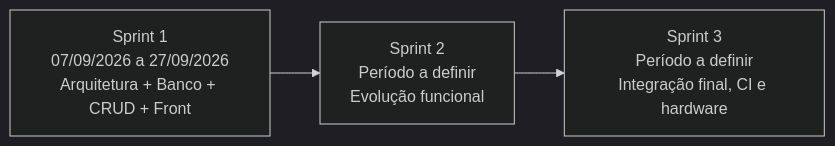
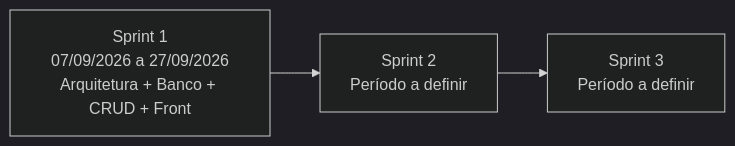
Before and after one commit to Vulture-API/API-DSM-4SEMESTRE-2026: the diagram in README.md, drawn with Mermaid (dark theme). The commit also changed other lines of this file, not shown here.

````diff
--- a/README.md
+++ b/README.md
@@ -102,7 +65,7 @@
   ```mermaid
   flowchart LR
       S1["Sprint 1<br/>07/09/2026 a 27/09/2026<br/>Arquitetura + Banco + CRUD + Front"]
-      S2["Sprint 2<br/>Período a definir<br/>Evolução funcional"]
-      S3["Sprint 3<br/>Período a definir<br/>Integração final, CI e hardware"]
+      S2["Sprint 2<br/>Período a definir<br/>"]
+      S3["Sprint 3<br/>Período a definir<br/>"]
       S1 --> S2 --> S3
   ```
````
